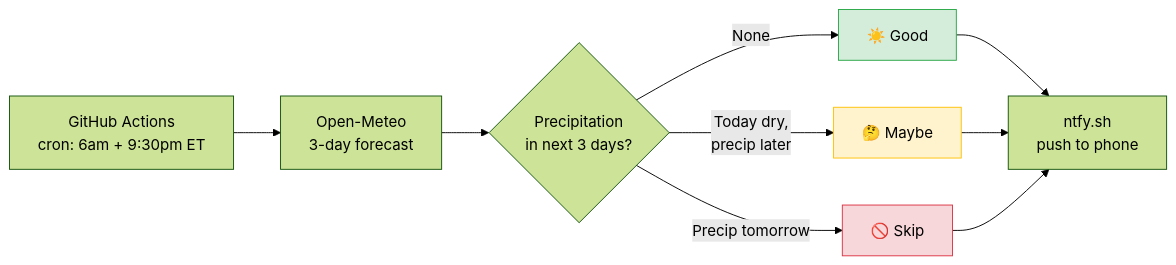
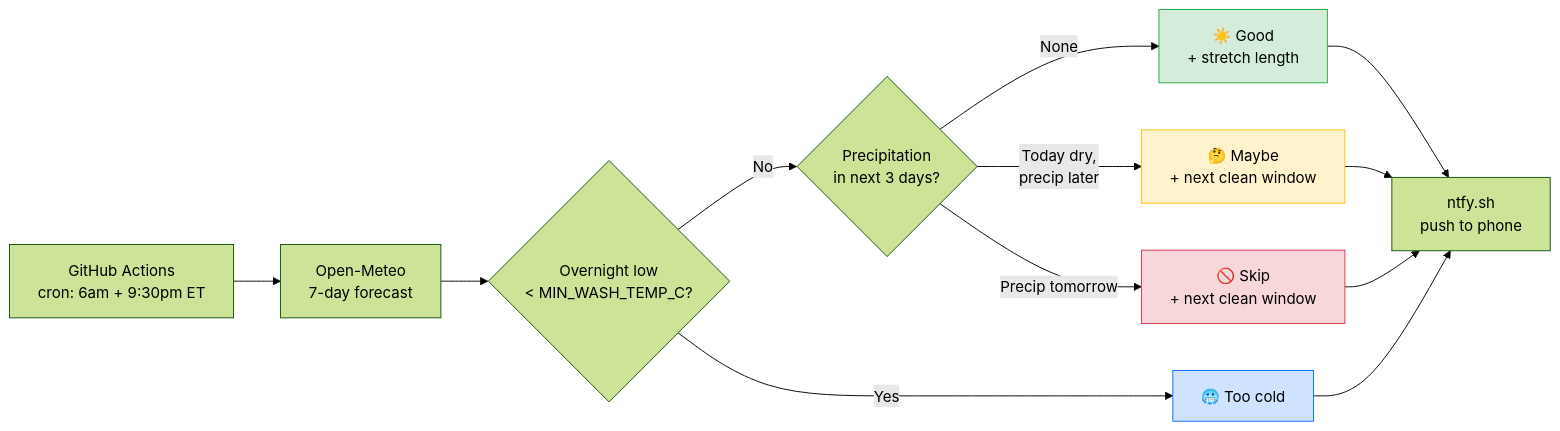
One commit to azilnik/Car-wash-time changed the diagram in README.md. Above: the diagram before and after it, drawn with Mermaid (forest theme). The commit also changed other lines of this file and 5 other files, not shown here.

````diff
--- a/README.md
+++ b/README.md
@@ -76,15 +79,19 @@
 ```mermaid
 flowchart LR
-    A[GitHub Actions<br/>cron: 6am + 9:30pm ET] --> B[Open-Meteo<br/>3-day forecast]
-    B --> C{Precipitation<br/>in next 3 days?}
-    C -->|None| D[☀️ Good]
-    C -->|Today dry,<br/>precip later| E[🤔 Maybe]
-    C -->|Precip tomorrow| F[🚫 Skip]
+    A[GitHub Actions<br/>cron: 6am + 9:30pm ET] --> B[Open-Meteo<br/>7-day forecast]
+    B --> H{Overnight low<br/>< MIN_WASH_TEMP_C?}
+    H -->|Yes| I[🥶 Too cold]
+    H -->|No| C{Precipitation<br/>in next 3 days?}
+    C -->|None| D[☀️ Good<br/>+ stretch length]
+    C -->|Today dry,<br/>precip later| E[🤔 Maybe<br/>+ next clean window]
+    C -->|Precip tomorrow| F[🚫 Skip<br/>+ next clean window]
     D --> G[ntfy.sh<br/>push to phone]
     E --> G
     F --> G
+    I --> G
 
     style D fill:#d4edda,stroke:#28a745,color:#000
     style E fill:#fff3cd,stroke:#ffc107,color:#000
     style F fill:#f8d7da,stroke:#dc3545,color:#000
+    style I fill:#cfe2ff,stroke:#0d6efd,color:#000
 ```
````
